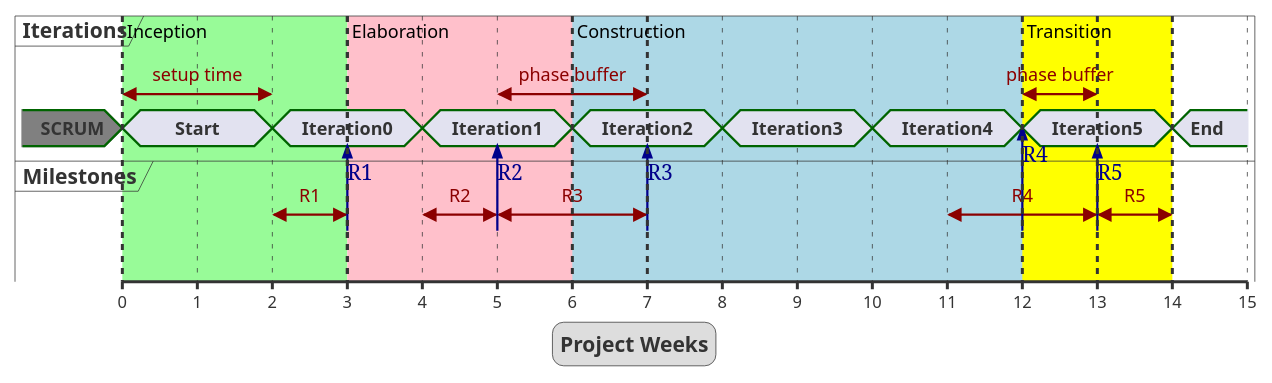
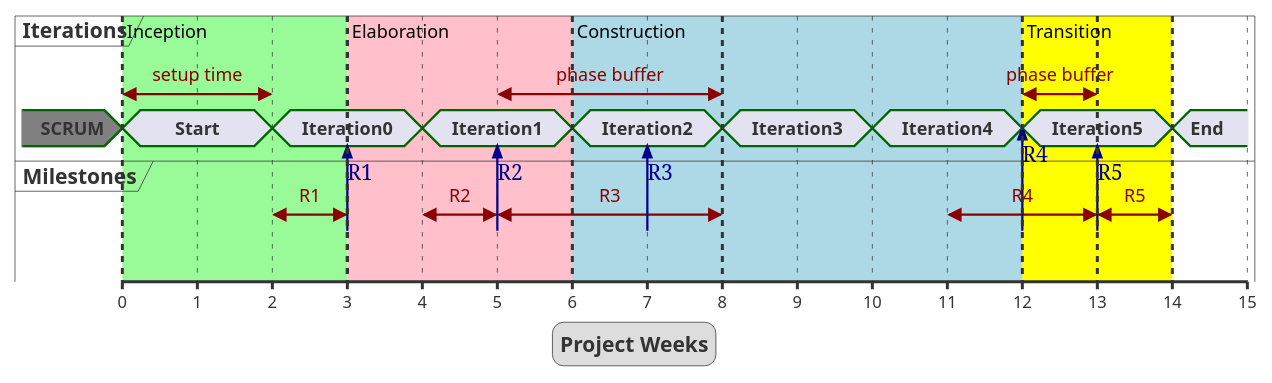
The diagram in docs/source/project_management/project_timeline.puml (blackfennec-org/blackfennec), drawn with PlantUML before and after one commit. The commit also changed 9 other files, not shown here.

```diff
--- a/docs/source/project_management/project_timeline.puml
+++ b/docs/source/project_management/project_timeline.puml
@@ -1,73 +1,73 @@
 @startuml
 scale 1 as 50 pixels
 
 concise "Iterations" as it
 concise "Milestones" as ms
 
 legend
 Project Weeks
 end legend
 
 it is SCRUM #gray
 
 @0 as :Start
 @2 as :Iteration0
 @4 as :Iteration1
 @6 as :Iteration2
 @8 as :Iteration3
 @10 as :Iteration4
 @12 as :Iteration5
 @14 as :End
 
 
 @it
 
 @:Start
 it is Start
 
 @:Iteration0
 it is Iteration0
 
 @:Iteration1
 it is Iteration1
 
 @:Iteration2
 it is Iteration2
 
 @:Iteration3
 it is Iteration3
 
 @:Iteration4
 it is Iteration4
 
 @:Iteration5
 it is Iteration5
 
 @:End
 it is End
 
 highlight :Start to :Iteration0+1#palegreen:Inception
-highlight :Iteration0+1 to :Iteration2+1#pink: Elaboration
+highlight :Iteration0+1 to :Iteration2+2#pink: Elaboration
 highlight :Iteration2 to :Iteration5+1#lightblue: Construction
 highlight :Iteration5 to :End#yellow: Transition
 
 it@:Start <-> @:Iteration0 : setup time
-it@:Iteration2-1 <-> @:Iteration2+1 : phase buffer
+it@:Iteration2-1 <-> @:Iteration2+2 : phase buffer
 it@:Iteration5 <-> @:Iteration5+1 : phase buffer
 
 ms@:Iteration0+1 -> it@:Iteration0+1 : R1
 ms@:Iteration0 <-> @:Iteration0+1 : R1
 
 ms@:Iteration1+1 -> it@:Iteration1+1 : R2
 ms@:Iteration1 <-> @:Iteration1+1 : R2
 
 ms@:Iteration2+1 -> it@:Iteration2+1 : R3
-ms@:Iteration2-1 <-> @:Iteration2+1 : R3
+ms@:Iteration2-1 <-> @:Iteration2+2 : R3
 
 ms@:Iteration5 -> it@:Iteration5 : R4
 ms@:Iteration4+1 <-> @:Iteration5+1 : R4
 
 ms@:End-1 -> it@:End-1 : R5
 ms@:End-1 <-> @:End : R5
 
 @enduml
```
